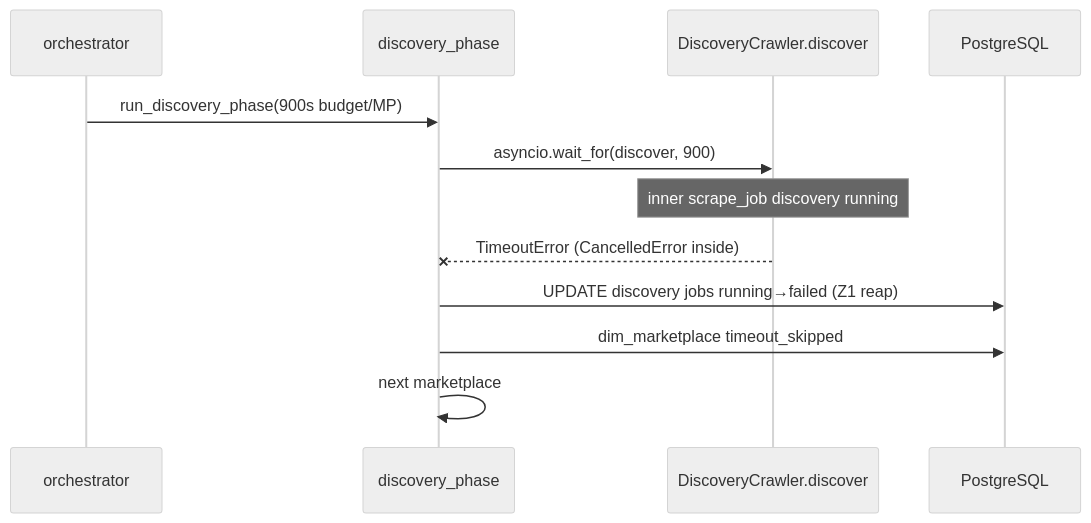
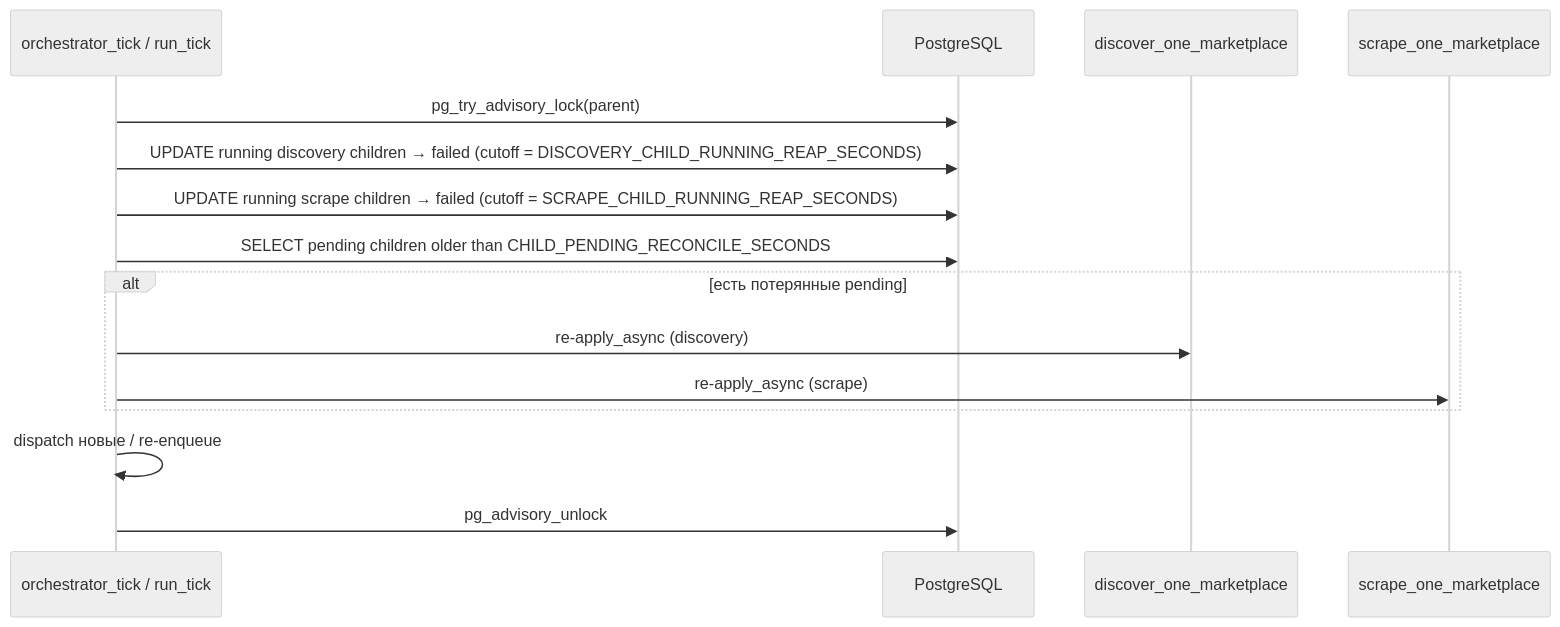
The second of 2 diagrams in Imperecta_Architecture.md (vladgorbachov/imperecta), drawn with Mermaid (neutral theme) before and after one commit. The commit also changed other lines of this file and 28 other files, not shown here.

````diff
--- a/Imperecta_Architecture.md
+++ b/Imperecta_Architecture.md
@@ -357,15 +390,18 @@
 ```mermaid
 sequenceDiagram
-    participant Orch as orchestrator
-    participant DP as discovery_phase
-    participant DC as DiscoveryCrawler.discover
+    participant Tick as orchestrator_tick / run_tick
     participant DB as PostgreSQL
+    participant Disc as discover_one_marketplace
+    participant Scrp as scrape_one_marketplace
 
-    Orch->>DP: run_discovery_phase(900s budget/MP)
-    DP->>DC: asyncio.wait_for(discover, 900)
-    Note over DC: inner scrape_job discovery running
-    DC--xDP: TimeoutError (CancelledError inside)
-    DP->>DB: UPDATE discovery jobs running→failed (Z1 reap)
-    DP->>DB: dim_marketplace timeout_skipped
-    DP->>DP: next marketplace
+    Tick->>DB: pg_try_advisory_lock(parent)
+    Tick->>DB: UPDATE running discovery children → failed (cutoff = DISCOVERY_CHILD_RUNNING_REAP_SECONDS)
+    Tick->>DB: UPDATE running scrape children    → failed (cutoff = SCRAPE_CHILD_RUNNING_REAP_SECONDS)
+    Tick->>DB: SELECT pending children older than CHILD_PENDING_RECONCILE_SECONDS
+    alt есть потерянные pending
+        Tick->>Disc: re-apply_async (discovery)
+        Tick->>Scrp: re-apply_async (scrape)
+    end
+    Tick->>Tick: dispatch новые / re-enqueue
+    Tick->>DB: pg_advisory_unlock
 ```
````
